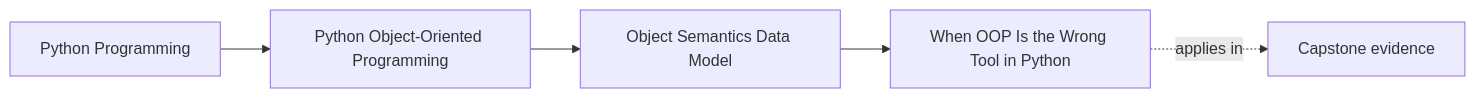
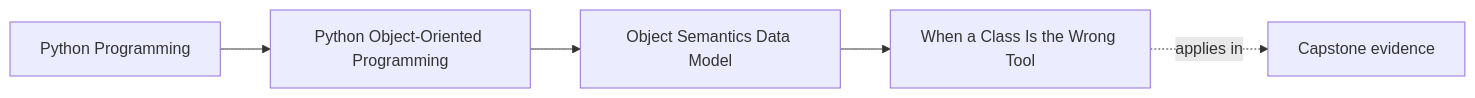
Before and after one commit to bijux/bijux-masterclass: the first of 2 diagrams in programs/python-programming/python-object-oriented-programming/course-book/module-01-object-semantics-data-model/when-classes-are-the-wrong-tool.md, drawn with Mermaid. The commit also changed other lines of this file, not shown here.

Commit message:
docs(oop): teach when class form adds no value

````diff
--- a/programs/python-programming/python-object-oriented-programming/course-book/module-01-object-semantics-data-model/when-classes-are-the-wrong-tool.md
+++ b/programs/python-programming/python-object-oriented-programming/course-book/module-01-object-semantics-data-model/when-classes-are-the-wrong-tool.md
@@ -7,11 +6,11 @@
 ```mermaid
 graph LR
   family["Python Programming"]
   program["Python Object-Oriented Programming"]
   section["Object Semantics Data Model"]
-  page["When OOP Is the Wrong Tool in Python"]
+  page["When a Class Is the Wrong Tool"]
   capstone["Capstone evidence"]
 
   family --> program --> section --> page
   page -.applies in.-> capstone
 ```
````
